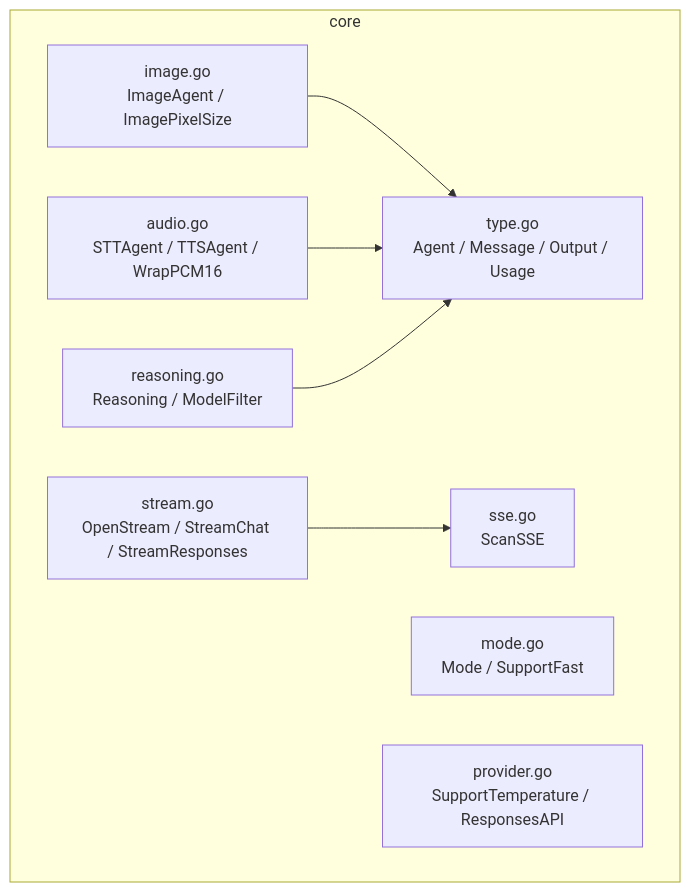
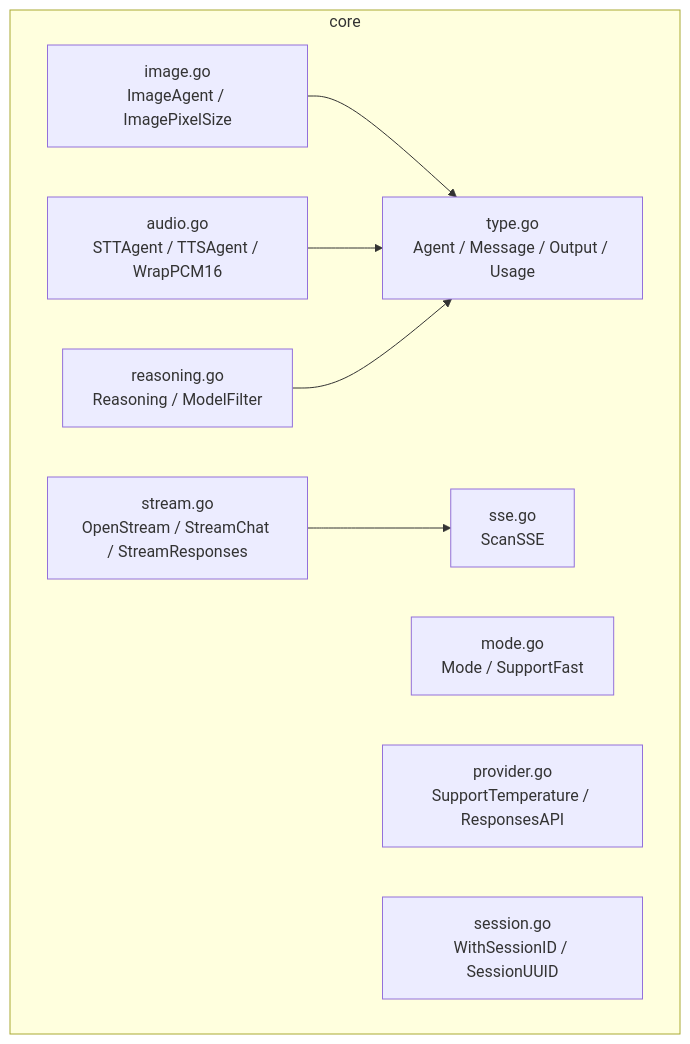
The second of 11 diagrams in doc/architecture.md (pardnchiu/go-llm-router), drawn with Mermaid before and after one commit. The commit also changed other lines of this file and 5 other files, not shown here.

````diff
--- a/doc/architecture.md
+++ b/doc/architecture.md
@@ -47,17 +49,18 @@
 ```mermaid
 graph TB
     subgraph core
         Type[type.go<br/>Agent / Message / Output / Usage]
         Reasoning[reasoning.go<br/>Reasoning / ModelFilter]
         Mode[mode.go<br/>Mode / SupportFast]
         Provider[provider.go<br/>SupportTemperature / ResponsesAPI]
         Stream[stream.go<br/>OpenStream / StreamChat / StreamResponses]
         SSE[sse.go<br/>ScanSSE]
         Image[image.go<br/>ImageAgent / ImagePixelSize]
         Audio[audio.go<br/>STTAgent / TTSAgent / WrapPCM16]
+        Session[session.go<br/>WithSessionID / SessionUUID]
     end
     Stream --> SSE
     Image --> Type
     Audio --> Type
     Reasoning --> Type
 ```
````
